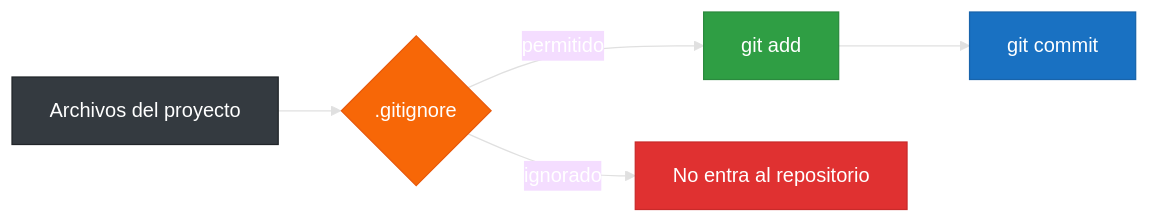
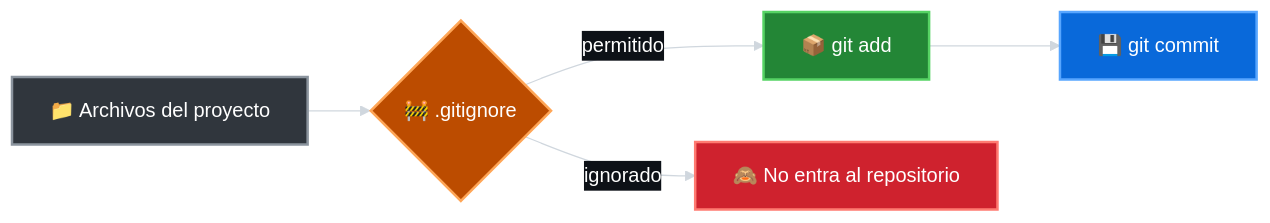
Before and after one commit to 7on2/curso-git-github-desde-cero: the ninth of 9 diagrams in README.md, drawn with Mermaid. The commit also changed other lines of this file, not shown here.

Commit message:
Mejora colores e iconos de diagramas Mermaid

````diff
--- a/README.md
+++ b/README.md
@@ -900,14 +900,14 @@
 ```mermaid
-%%{init: {'theme': 'base', 'themeVariables': {'primaryTextColor': '#fff', 'lineColor': '#e0e0e0'}}}%%
+%%{init: {'theme': 'base', 'themeVariables': {'primaryTextColor': '#ffffff', 'secondaryTextColor': '#ffffff', 'tertiaryTextColor': '#ffffff', 'lineColor': '#d0d7de', 'edgeLabelBackground': '#0d1117', 'fontFamily': 'Arial'}}}%%
 flowchart LR
-    Archivos[Archivos del proyecto] --> Filtro{.gitignore}
-    Filtro -->|permitido| GitAdd[git add]
-    Filtro -->|ignorado| Fuera[No entra al repositorio]
-    GitAdd --> Commit[git commit]
+    Archivos[📁 Archivos del proyecto] --> Filtro{🚧 .gitignore}
+    Filtro -->|permitido| GitAdd[📦 git add]
+    Filtro -->|ignorado| Fuera[🙈 No entra al repositorio]
+    GitAdd --> Commit[💾 git commit]
 
-    style Archivos fill:#343a40,stroke:#212529,color:#fff
-    style Filtro fill:#f76707,stroke:#e8590c,color:#fff
-    style GitAdd fill:#2f9e44,stroke:#2b8a3e,color:#fff
-    style Fuera fill:#e03131,stroke:#c92a2a,color:#fff
-    style Commit fill:#1971c2,stroke:#1864ab,color:#fff
+    style Archivos fill:#30363d,stroke:#8b949e,stroke-width:2px,color:#ffffff
+    style Filtro fill:#bc4c00,stroke:#ffa657,stroke-width:2px,color:#ffffff
+    style GitAdd fill:#238636,stroke:#56d364,stroke-width:2px,color:#ffffff
+    style Fuera fill:#cf222e,stroke:#ff7b72,stroke-width:2px,color:#ffffff
+    style Commit fill:#0969da,stroke:#58a6ff,stroke-width:2px,color:#ffffff
 ```
````
